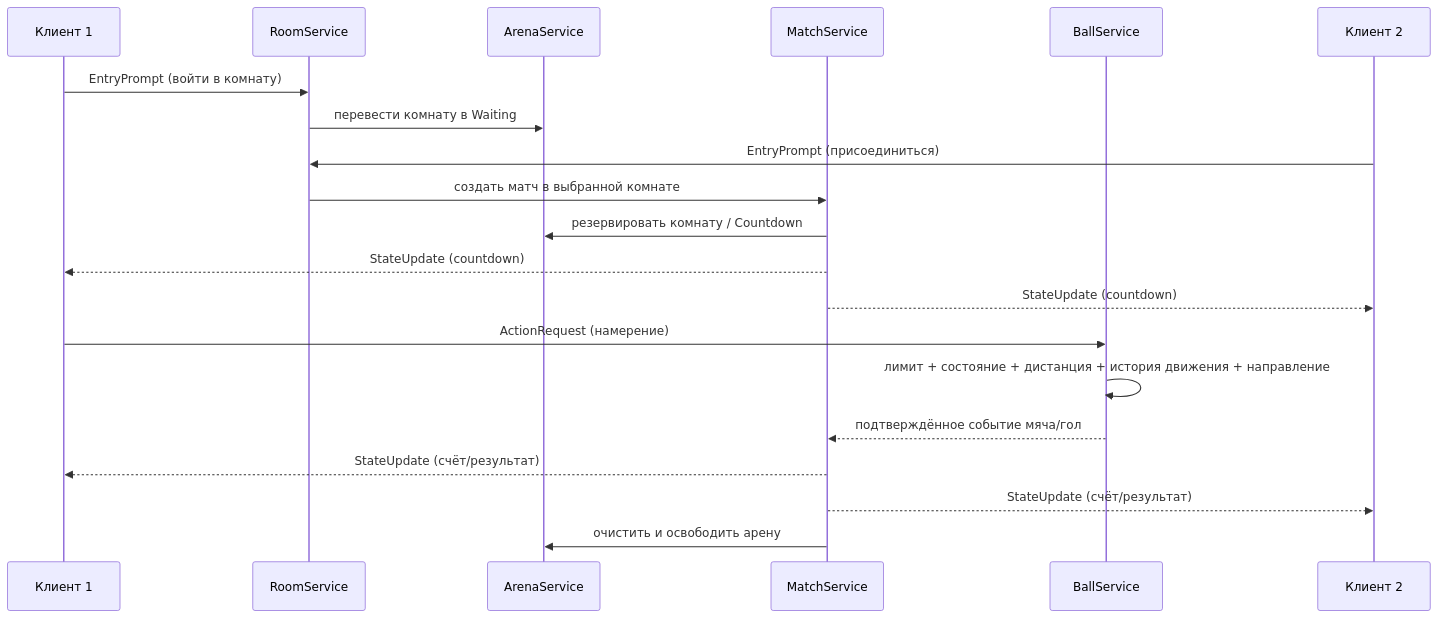
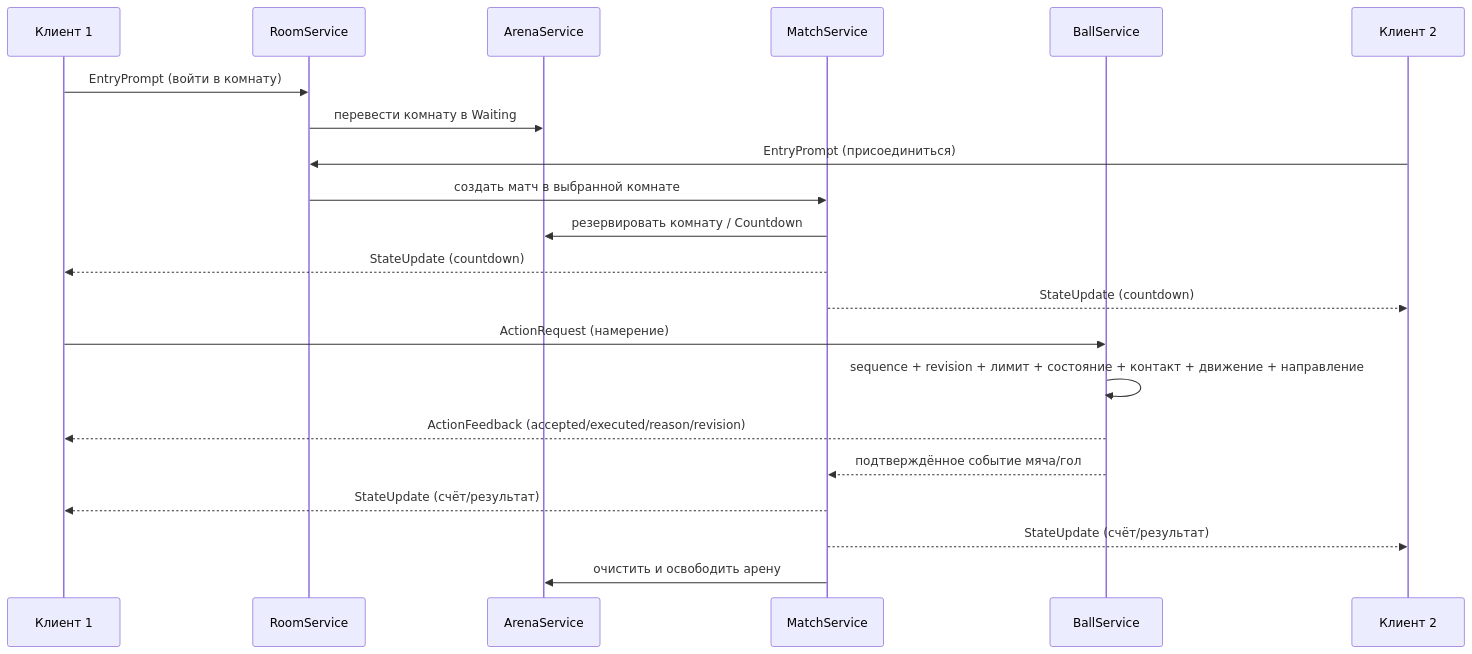
Before and after one commit to mokydek/Panna: the diagram in docs/architecture.md, drawn with Mermaid. The commit also changed other lines of this file and 24 other files, not shown here.

````diff
--- a/docs/architecture.md
+++ b/docs/architecture.md
@@ -92,23 +110,24 @@
 ```mermaid
 sequenceDiagram
     participant C1 as Клиент 1
     participant R as RoomService
     participant A as ArenaService
     participant M as MatchService
     participant B as BallService
     participant C2 as Клиент 2
 
     C1->>R: EntryPrompt (войти в комнату)
     R->>A: перевести комнату в Waiting
     C2->>R: EntryPrompt (присоединиться)
     R->>M: создать матч в выбранной комнате
     M->>A: резервировать комнату / Countdown
     M-->>C1: StateUpdate (countdown)
     M-->>C2: StateUpdate (countdown)
     C1->>B: ActionRequest (намерение)
-    B->>B: лимит + состояние + дистанция + история движения + направление
+    B->>B: sequence + revision + лимит + состояние + контакт + движение + направление
+    B-->>C1: ActionFeedback (accepted/executed/reason/revision)
     B-->>M: подтверждённое событие мяча/гол
     M-->>C1: StateUpdate (счёт/результат)
     M-->>C2: StateUpdate (счёт/результат)
     M->>A: очистить и освободить арену
 ```
````
